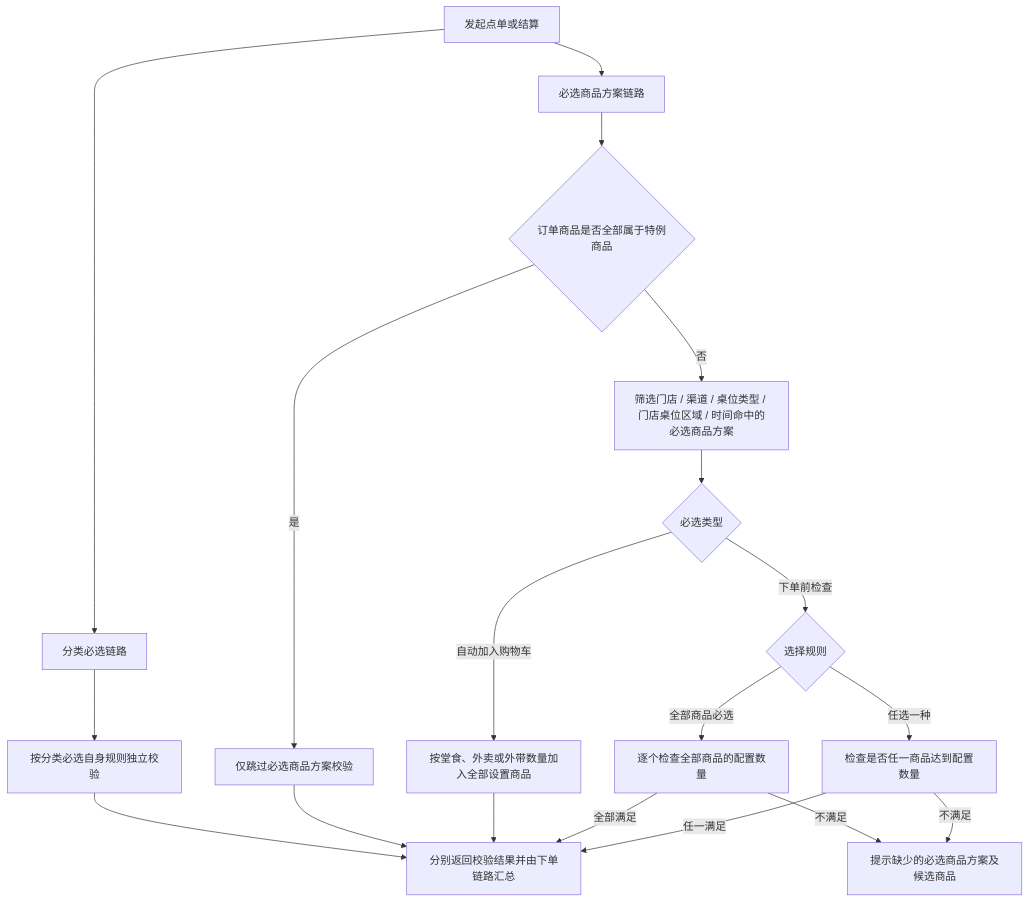
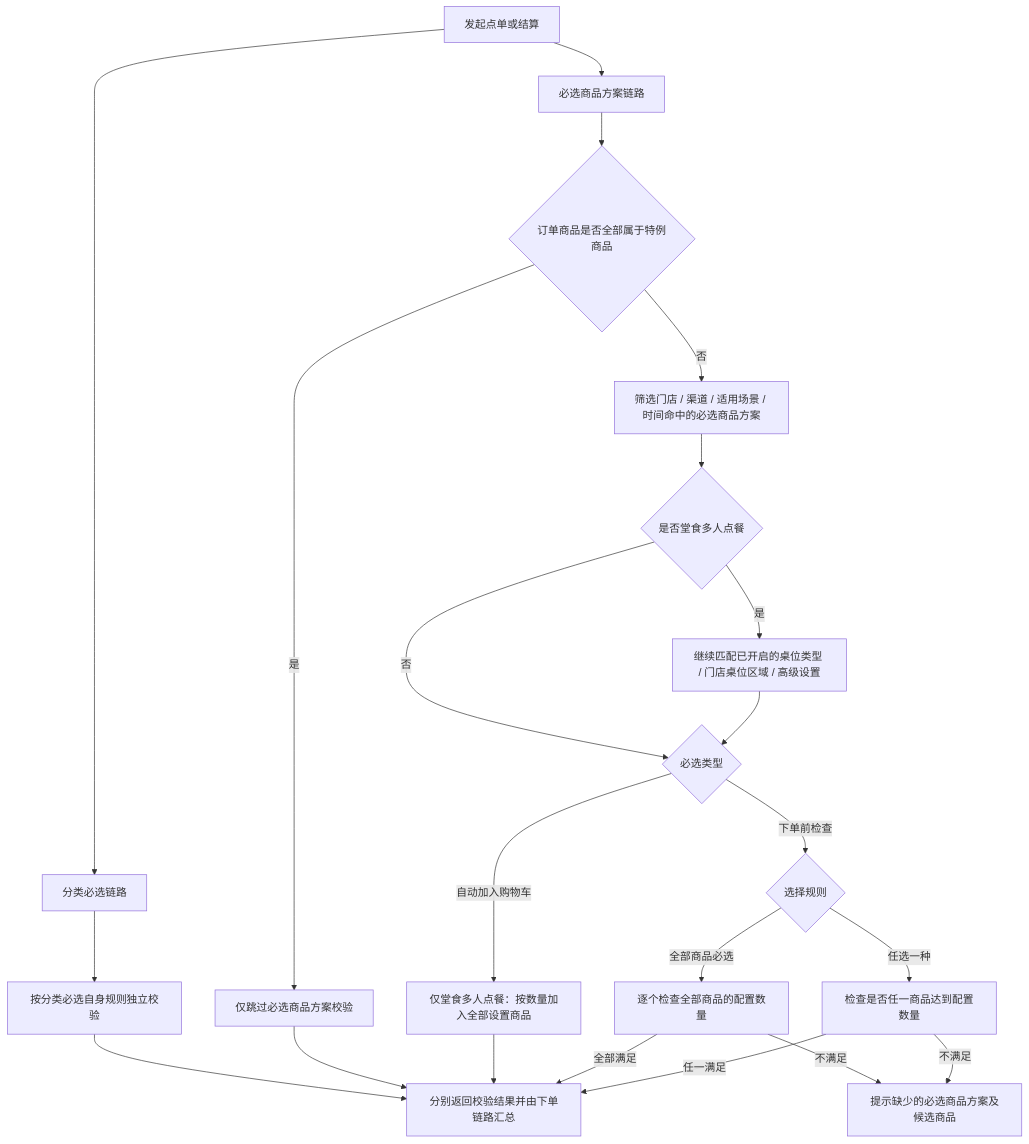
One commit to honmeytown10-code/product-center changed the third of 3 diagrams in docs/需求文档/必选商品/P01-必选商品方案与门店执行.md. Above: the diagram before and after it, drawn with Mermaid. The commit also changed other lines of this file and 6 other files, not shown here.

````diff
--- a/docs/需求文档/必选商品/P01-必选商品方案与门店执行.md
+++ b/docs/需求文档/必选商品/P01-必选商品方案与门店执行.md
@@ -98,21 +99,25 @@
 ```mermaid
 flowchart TD
   A[发起点单或结算] --> B[分类必选链路]
   A --> C[必选商品方案链路]
   B --> B1[按分类必选自身规则独立校验]
   C --> D{订单商品是否全部属于特例商品}
   D -- 是 --> Y[仅跳过必选商品方案校验]
-  D -- 否 --> F[筛选门店 / 渠道 / 桌位类型 / 门店桌位区域 / 时间命中的必选商品方案]
-  F --> G{必选类型}
-  G -- 自动加入购物车 --> H[按堂食、外卖或外带数量加入全部设置商品]
+  D -- 否 --> F[筛选门店 / 渠道 / 适用场景 / 时间命中的必选商品方案]
+  F --> F1{是否堂食多人点餐}
+  F1 -- 是 --> F2[继续匹配已开启的桌位类型 / 门店桌位区域 / 高级设置]
+  F1 -- 否 --> G
+  F2 --> G
+  G{必选类型}
+  G -- 自动加入购物车 --> H[仅堂食多人点餐：按数量加入全部设置商品]
   G -- 下单前检查 --> I{选择规则}
   I -- 全部商品必选 --> L[逐个检查全部商品的配置数量]
   I -- 任选一种 --> M[检查是否任一商品达到配置数量]
   B1 --> J[分别返回校验结果并由下单链路汇总]
   Y --> J
   H --> J
   L -- 全部满足 --> J
   M -- 任一满足 --> J
   L -- 不满足 --> K[提示缺少的必选商品方案及候选商品]
   M -- 不满足 --> K
 ```
````
